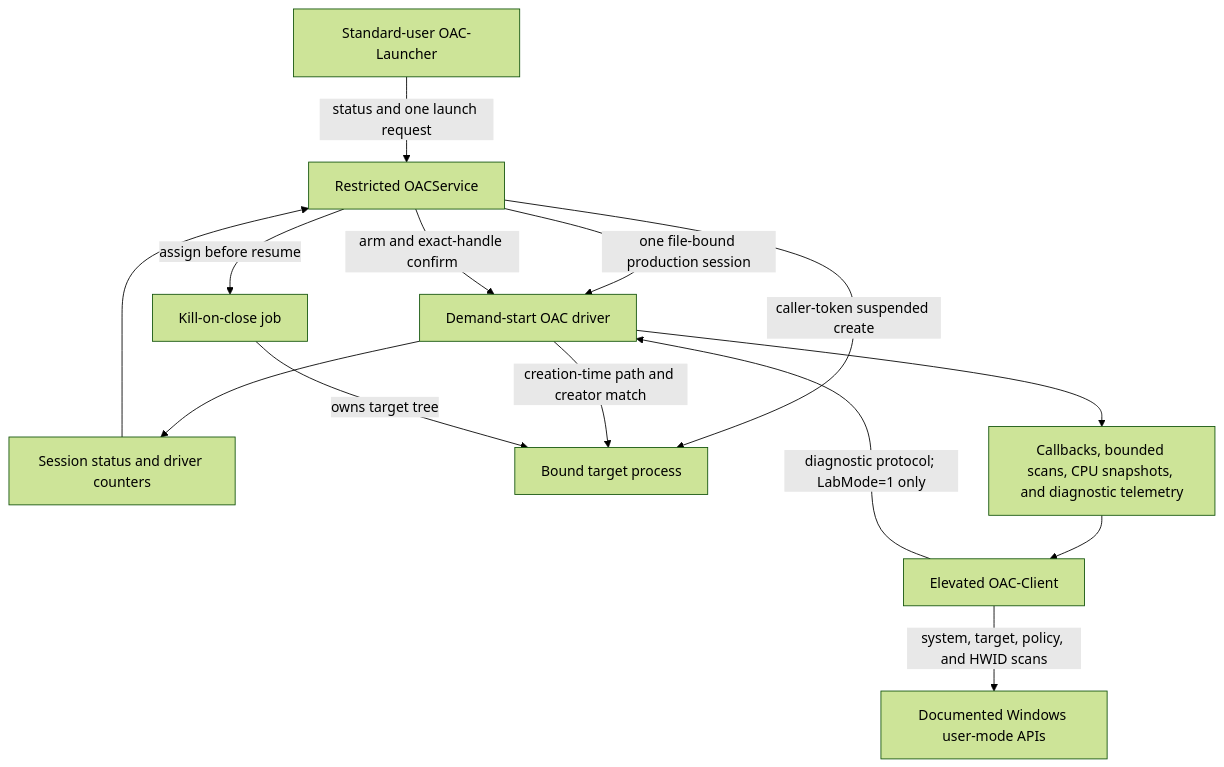
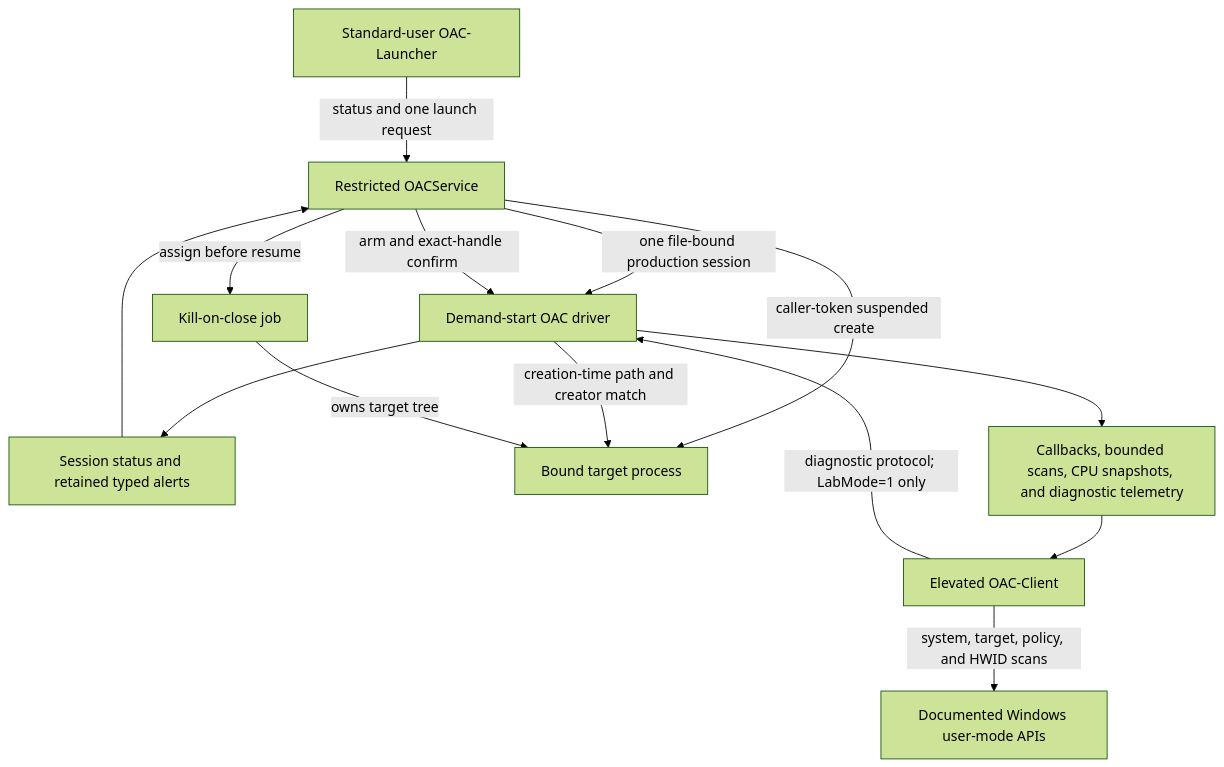
One commit to lauralex/OAC changed the diagram in docs/ARCHITECTURE.md. Above: the diagram before and after it, drawn with Mermaid (forest theme). The commit also changed other lines of this file and 29 other files, not shown here.

````diff
--- a/docs/ARCHITECTURE.md
+++ b/docs/ARCHITECTURE.md
@@ -9,17 +10,17 @@
 ```mermaid
 flowchart TD
     L["Standard-user OAC-Launcher"] -->|"status and one launch request"| S["Restricted OACService"]
     S -->|"one file-bound production session"| D["Demand-start OAC driver"]
-    D --> C["Session status and driver counters"]
+    D --> C["Session status and retained typed alerts"]
     C --> S
     S -->|"caller-token suspended create"| T["Bound target process"]
     S -->|"arm and exact-handle confirm"| D
     D -->|"creation-time path and creator match"| T
     S -->|"assign before resume"| J["Kill-on-close job"]
     J -->|"owns target tree"| T
 
     X["Elevated OAC-Client"] -->|"diagnostic protocol; LabMode=1 only"| D
     X -->|"system, target, policy, and HWID scans"| W["Documented Windows user-mode APIs"]
     D --> K["Callbacks, bounded scans, CPU snapshots, and diagnostic telemetry"]
     K --> X
 ```
````
